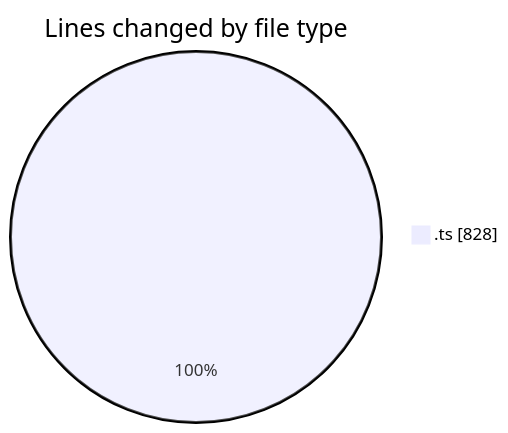
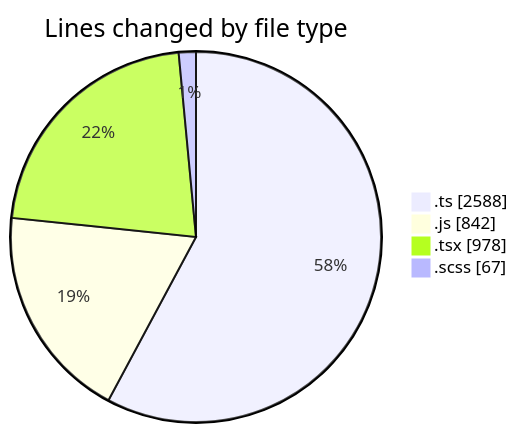
One commit to momahboobian/code-tracking changed the first of 2 diagrams in 2026-08-19/cda/README.md. Above: the diagram before and after it, drawn with Mermaid. The commit also changed other lines of this file and 1 other file, not shown here.

````diff
--- a/2026-08-19/cda/README.md
+++ b/2026-08-19/cda/README.md
@@ -21,5 +40,8 @@
 ```mermaid
 pie showData
 title Lines changed by file type
-".ts" : 828
+".ts" : 2588
+".js" : 842
+".tsx" : 978
+".scss" : 67
 ```
````
